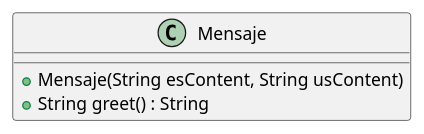
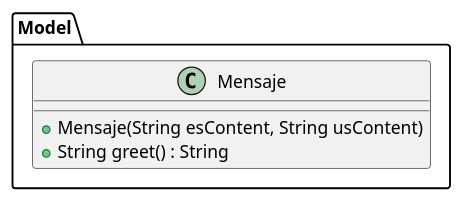
The diagram in diagrams/classes/clase_mensaje.plantuml (MegaRedHand/algo-thief), drawn with PlantUML before and after one commit. The commit also changed 10 other files, not shown here.

Commit message:
[diagrams] Model package

```diff
--- a/diagrams/classes/clase_mensaje.plantuml
+++ b/diagrams/classes/clase_mensaje.plantuml
@@ -1,8 +1,10 @@
 @startuml
 
-class Mensaje {
-    + Mensaje(String esContent, String usContent)
-    + String greet() : String
+package Model {
+        class Mensaje {
+                + Mensaje(String esContent, String usContent)
+                + String greet() : String
+        }
 }
 
 @enduml
```
